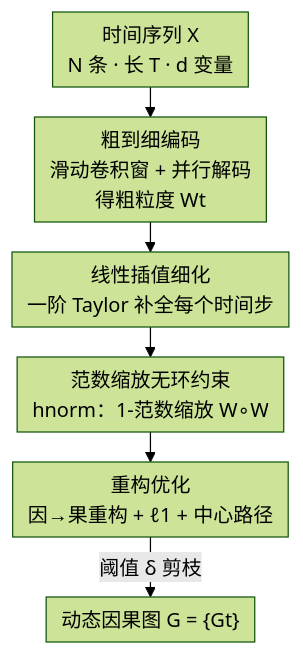
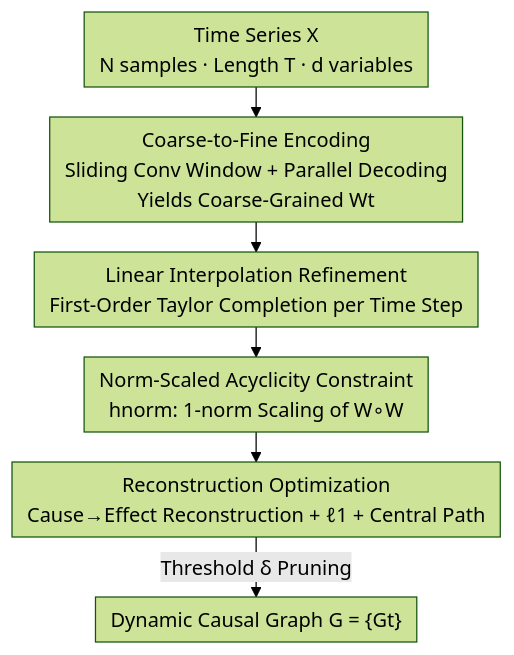
Before and after one commit to zhaoyang97/Paper-Notes-en: the diagram in docs/ICLR2026/causal_inference/coarse-to-fine_learning_of_dynamic_causal_structures.md, drawn with Mermaid (forest theme). The commit also changed 644 other files, not shown here.

````diff
--- a/docs/ICLR2026/causal_inference/coarse-to-fine_learning_of_dynamic_causal_structures.md
+++ b/docs/ICLR2026/causal_inference/coarse-to-fine_learning_of_dynamic_causal_structures.md
@@ -47,9 +47,9 @@
 ```mermaid
 %%{init: {'flowchart': {'rankSpacing': 24, 'nodeSpacing': 28, 'padding': 6, 'wrappingWidth': 400}}}%%
 flowchart TD
-    A["时间序列 X<br/>N 条 · 长 T · d 变量"] --> B["粗到细编码<br/>滑动卷积窗 + 并行解码<br/>得粗粒度 Wt"]
-    B --> C["线性插值细化<br/>一阶 Taylor 补全每个时间步"]
-    C --> D["范数缩放无环约束<br/>hnorm：1-范数缩放 W∘W"]
-    D --> E["重构优化<br/>因→果重构 + ℓ1 + 中心路径"]
-    E -->|阈值 δ 剪枝| F["动态因果图 G = {Gt}"]
+    A["Time Series X<br/>N samples · Length T · d variables"] --> B["Coarse-to-Fine Encoding<br/>Sliding Conv Window + Parallel Decoding<br/>Yields Coarse-Grained Wt"]
+    B --> C["Linear Interpolation Refinement<br/>First-Order Taylor Completion per Time Step"]
+    C --> D["Norm-Scaled Acyclicity Constraint<br/>hnorm: 1-norm Scaling of W∘W"]
+    D --> E["Reconstruction Optimization<br/>Cause→Effect Reconstruction + ℓ1 + Central Path"]
+    E -->|Threshold δ Pruning| F["Dynamic Causal Graph G = {Gt}"]
 ```
````
